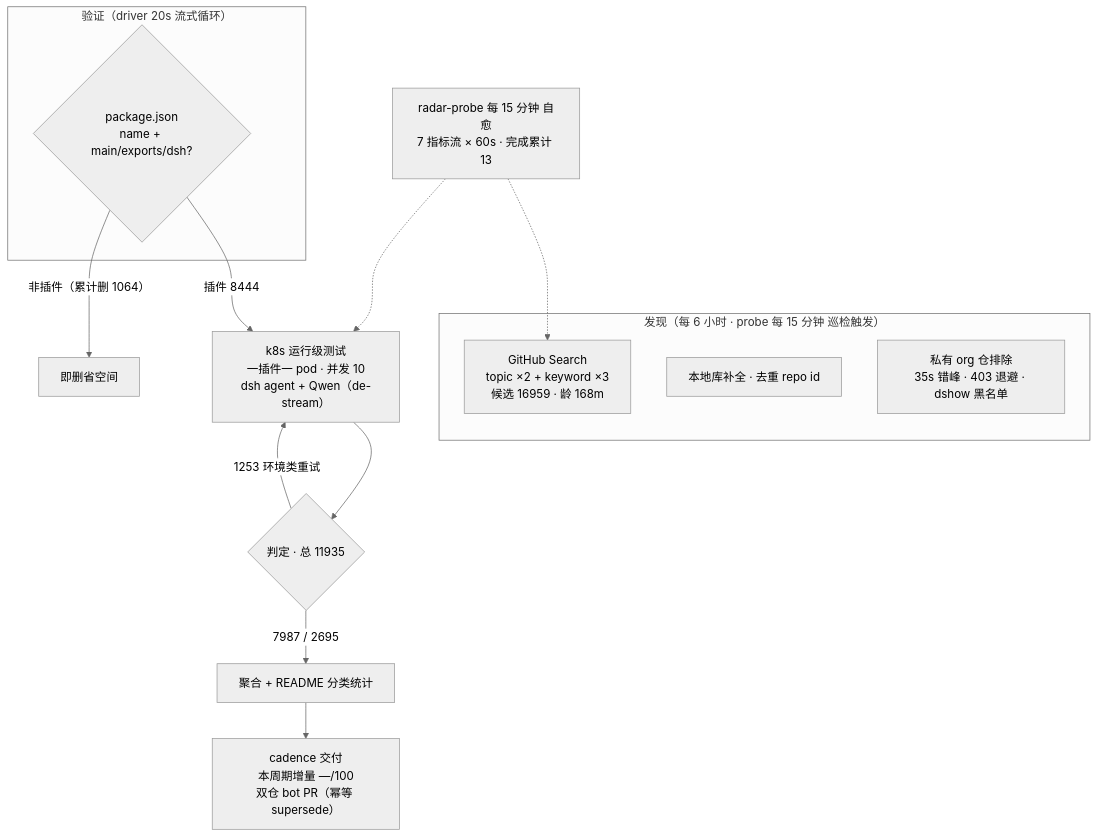
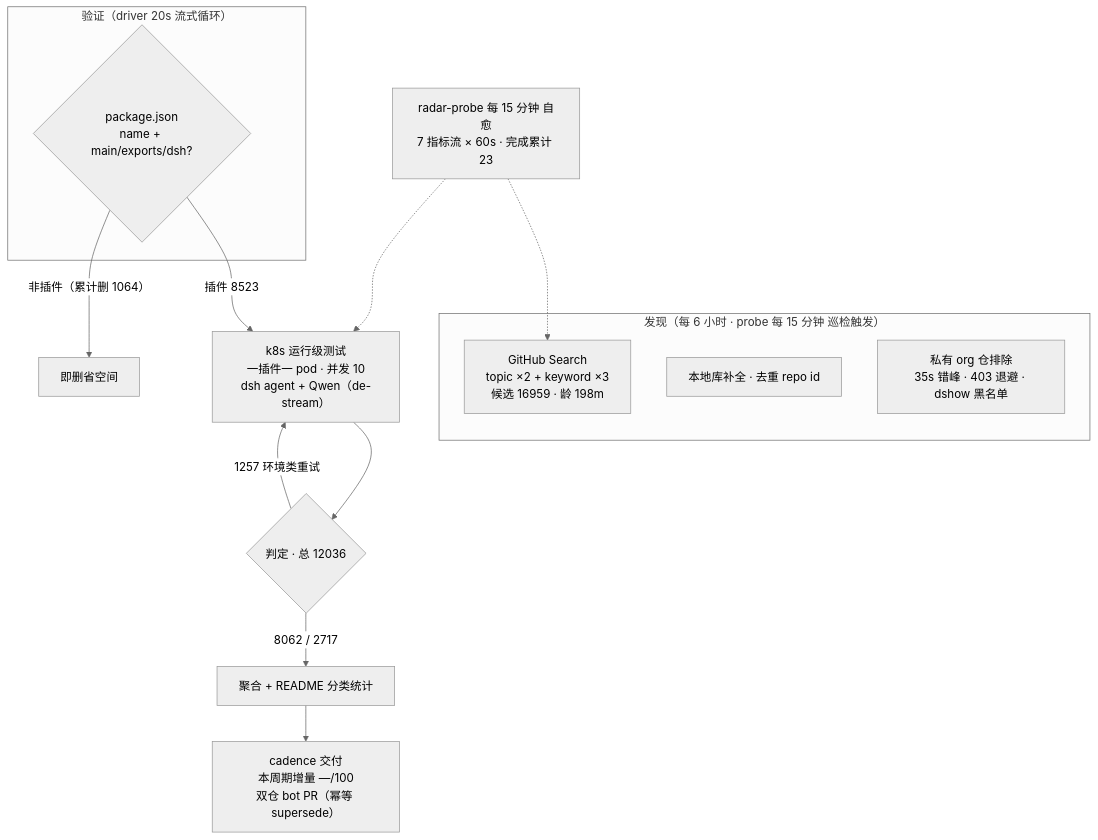
One commit to AdamPlatin123/awesome-dsh-plugins changed the diagram in README.md. Above: the diagram before and after it, drawn with Mermaid (neutral theme). The commit also changed other lines of this file and 5 other files, not shown here.

````diff
--- a/README.md
+++ b/README.md
@@ -52,20 +52,20 @@
 ```mermaid
 flowchart TB
     subgraph Discovery["发现（每 6 小时 · probe 每 15 分钟 巡检触发）"]
-        A1["GitHub Search<br/>topic ×2 + keyword ×3<br/>候选 16959 · 龄 168m"]
+        A1["GitHub Search<br/>topic ×2 + keyword ×3<br/>候选 16959 · 龄 198m"]
         A2["本地库补全 · 去重 repo id"]
         A3["私有 org 仓排除<br/>35s 错峰 · 403 退避 · dshow 黑名单"]
     end
     subgraph Validation["验证（driver 20s 流式循环）"]
         B1{"package.json<br/>name + main/exports/dsh?"}
     end
-    B1 -->|"插件 8444"| C1["k8s 运行级测试<br/>一插件一 pod · 并发 10<br/>dsh agent + Qwen（de-stream）"]
+    B1 -->|"插件 8523"| C1["k8s 运行级测试<br/>一插件一 pod · 并发 10<br/>dsh agent + Qwen（de-stream）"]
     B1 -->|"非插件（累计删 1064）"| B3["即删省空间"]
-    C1 --> D1{"判定 · 总 11935"}
-    D1 -->|"7987 / 2695"| E1["聚合 + README 分类统计"]
-    D1 -->|"1253 环境类重试"| C1
+    C1 --> D1{"判定 · 总 12036"}
+    D1 -->|"8062 / 2717"| E1["聚合 + README 分类统计"]
+    D1 -->|"1257 环境类重试"| C1
     E1 --> E2["cadence 交付<br/>本周期增量 —/100<br/>双仓 bot PR（幂等 supersede）"]
-    M["radar-probe 每 15 分钟 自愈<br/>7 指标流 × 60s · 完成累计 13"]
+    M["radar-probe 每 15 分钟 自愈<br/>7 指标流 × 60s · 完成累计 23"]
     M -.-> A1
     M -.-> C1
 ```
````
